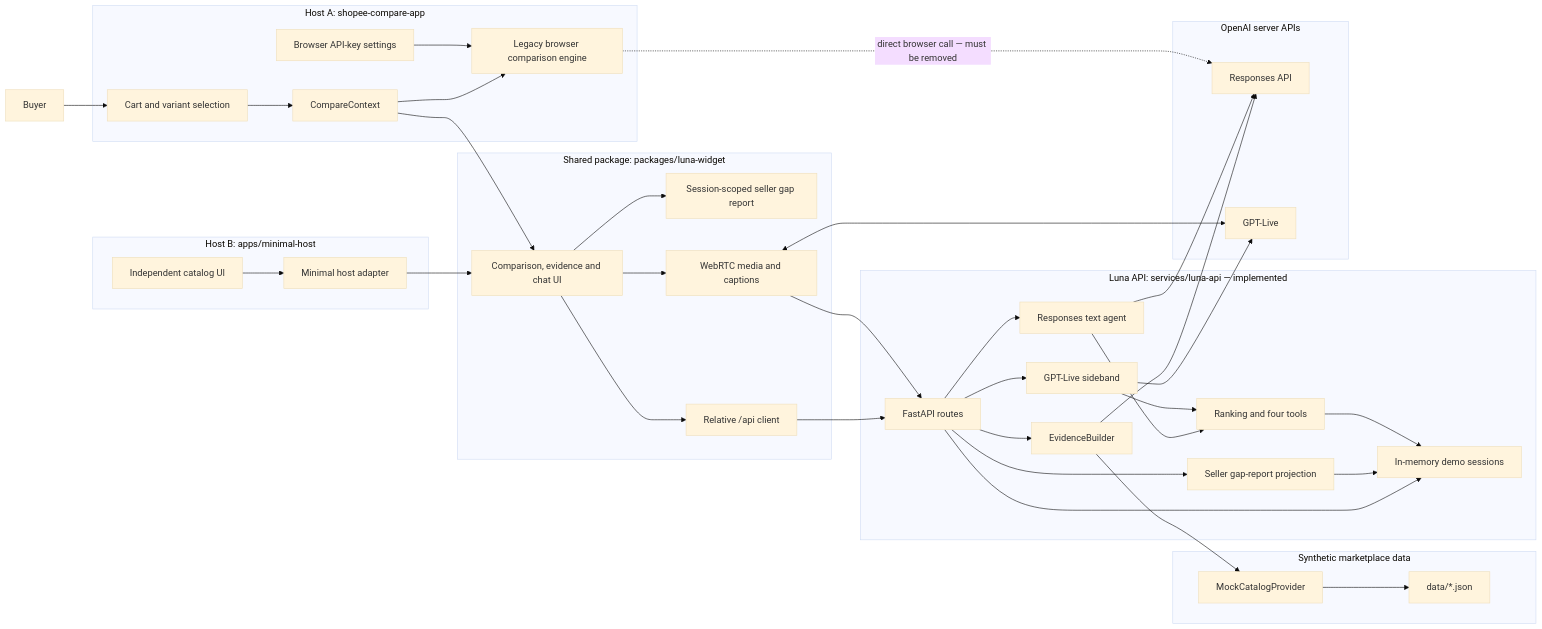
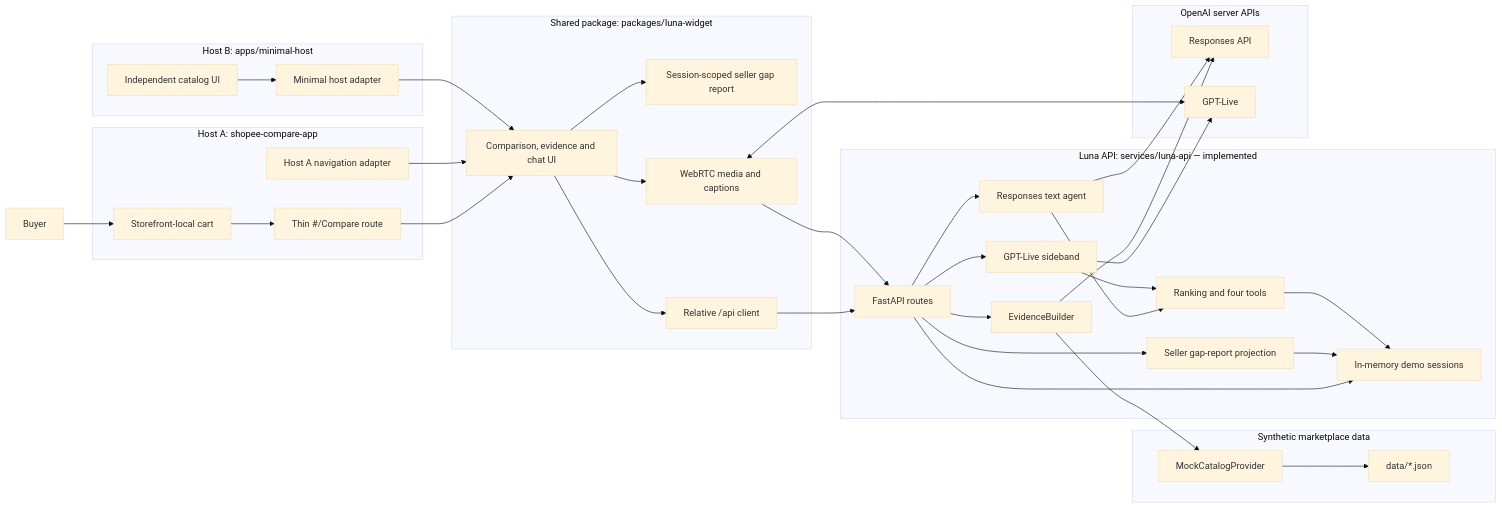
Before and after one commit to jaxwong/decodex: the first of 8 diagrams in docs/architecture.md, drawn with Mermaid (base theme). The commit also changed other lines of this file and 9 other files, not shown here.

Commit message:
docs: record Host A canonical Luna cutover

````diff
--- a/docs/architecture.md
+++ b/docs/architecture.md
@@ -36,67 +41,64 @@
 ```mermaid
 flowchart LR
     Buyer[Buyer]
 
     subgraph HostA["Host A: shopee-compare-app"]
-        Cart[Cart and variant selection]
-        CompareContext[CompareContext]
-        LegacyEngine[Legacy browser comparison engine]
-        BrowserSettings[Browser API-key settings]
+        Cart[Storefront-local cart]
+        HostARoute[Thin #/Compare route]
+        HostAAdapter[Host A navigation adapter]
     end
 
     subgraph HostB["Host B: apps/minimal-host"]
         MinimalCatalog[Independent catalog UI]
         MinimalAdapter[Minimal host adapter]
     end
 
     subgraph Widget["Shared package: packages/luna-widget"]
         LunaWidget[Comparison, evidence and chat UI]
         SellerView[Session-scoped seller gap report]
         LunaClient[Relative /api client]
         LiveControls[WebRTC media and captions]
     end
 
     subgraph LunaAPI["Luna API: services/luna-api — implemented"]
         Routes[FastAPI routes]
         SessionStore[In-memory demo sessions]
         EvidenceBuilder[EvidenceBuilder]
         Decision[Ranking and four tools]
         GapReport[Seller gap-report projection]
         TextAgent[Responses text agent]
         LiveAgent[GPT-Live sideband]
     end
 
     subgraph Data["Synthetic marketplace data"]
         MockProvider[MockCatalogProvider]
         Fixtures[data/*.json]
     end
 
     subgraph OpenAI["OpenAI server APIs"]
         Responses[Responses API]
         Live[GPT-Live]
     end
 
-    Buyer --> Cart --> CompareContext --> LegacyEngine
-    CompareContext --> LunaWidget
+    Buyer --> Cart --> HostARoute --> LunaWidget
+    HostAAdapter --> LunaWidget
     MinimalCatalog --> MinimalAdapter --> LunaWidget
-    BrowserSettings --> LegacyEngine
-    LegacyEngine -. "direct browser call — must be removed" .-> Responses
 
     LunaWidget --> LunaClient --> Routes
     LunaWidget --> SellerView
     LunaWidget --> LiveControls
     LiveControls --> Routes
     LiveControls <--> Live
 
     Routes --> SessionStore
     Routes --> EvidenceBuilder
     Routes --> TextAgent
     Routes --> LiveAgent
     Routes --> GapReport --> SessionStore
     EvidenceBuilder --> MockProvider --> Fixtures
     EvidenceBuilder --> Responses
     TextAgent --> Responses
     TextAgent --> Decision --> SessionStore
     LiveAgent --> Live
     LiveAgent --> Decision
 ```
````
